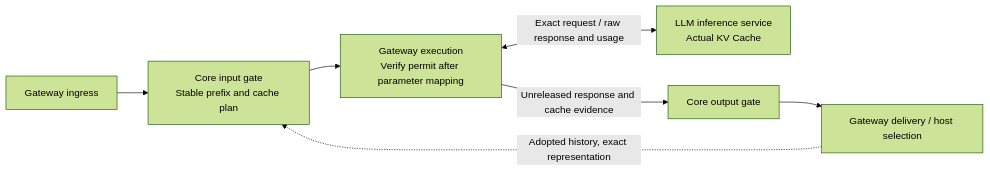
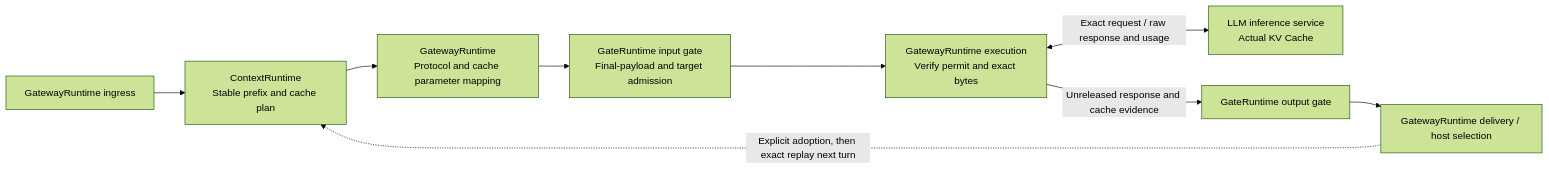
The third of 3 diagrams in docs/en/rfcs/2086-core-inference-gates-and-optional-gateway.md (2397819368a-oss/powercontext-2026), drawn with Mermaid (forest theme) before and after one commit. The commit also changed other lines of this file and 1 other file, not shown here.

Commit message:
docs(rfc): define context and gateway runtime boundaries

````diff
--- a/docs/en/rfcs/2086-core-inference-gates-and-optional-gateway.md
+++ b/docs/en/rfcs/2086-core-inference-gates-and-optional-gateway.md
@@ -936,9 +1052,11 @@
 ```mermaid
 flowchart LR
-    Ingress["Gateway ingress"] --> Input["Core input gate<br/>Stable prefix and cache plan"]
-    Input --> Execute["Gateway execution<br/>Verify permit after parameter mapping"]
+    Ingress["GatewayRuntime ingress"] --> Context["ContextRuntime<br/>Stable prefix and cache plan"]
+    Context --> Mapping["GatewayRuntime<br/>Protocol and cache parameter mapping"]
+    Mapping --> Input["GateRuntime input gate<br/>Final-payload and target admission"]
+    Input --> Execute["GatewayRuntime execution<br/>Verify permit and exact bytes"]
     Execute <-->|"Exact request / raw response and usage"| Model["LLM inference service<br/>Actual KV Cache"]
-    Execute -->|"Unreleased response and cache evidence"| Output["Core output gate"]
-    Output --> Deliver["Gateway delivery / host selection"]
-    Deliver -.->|"Adopted history, exact representation"| Input
+    Execute -->|"Unreleased response and cache evidence"| Output["GateRuntime output gate"]
+    Output --> Deliver["GatewayRuntime delivery / host selection"]
+    Deliver -.->|"Explicit adoption, then exact replay next turn"| Context
 ```
````
